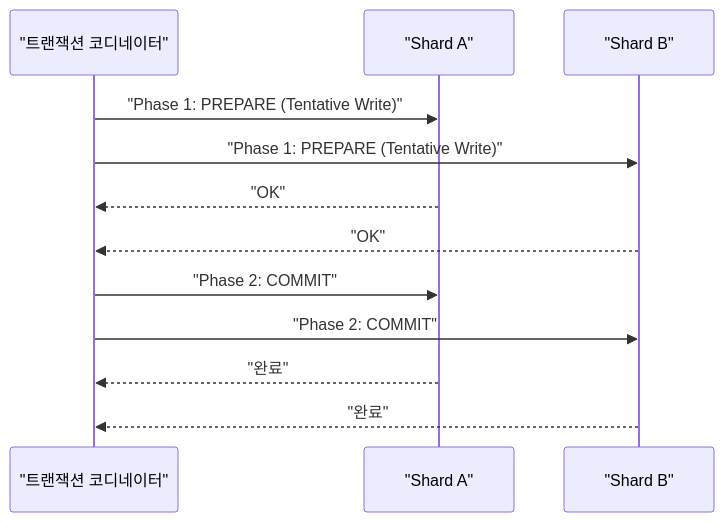
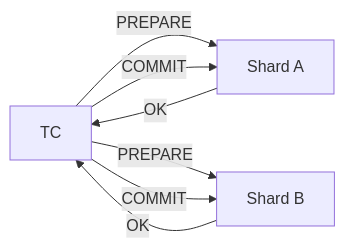
The ninth of 13 diagrams in _posts/db/2026-05-01-db-sharding.md (yjkim2015/yjkim2015.github.io), drawn with Mermaid before and after one commit. The commit also changed 50 other files, not shown here.

First line of the commit message:
stateDiagram 11개 graph LR 변환 + 테이블 빈 셀 17개 수정

````diff
--- a/_posts/db/2026-05-01-db-sharding.md
+++ b/_posts/db/2026-05-01-db-sharding.md
@@ -226,14 +226,9 @@
 ```mermaid
-sequenceDiagram
-    participant TC as "트랜잭션 코디네이터"
-    participant SA as "Shard A"
-    participant SB as "Shard B"
-    TC->>SA: "Phase 1: PREPARE (Tentative Write)"
-    TC->>SB: "Phase 1: PREPARE (Tentative Write)"
-    SA-->>TC: "OK"
-    SB-->>TC: "OK"
-    TC->>SA: "Phase 2: COMMIT"
-    TC->>SB: "Phase 2: COMMIT"
-    SA-->>TC: "완료"
-    SB-->>TC: "완료"
+graph LR
+    TC["TC"] -->|"PREPARE"| SA["Shard A"]
+    TC -->|"PREPARE"| SB["Shard B"]
+    SA -->|"OK"| TC
+    SB -->|"OK"| TC
+    TC -->|"COMMIT"| SA
+    TC -->|"COMMIT"| SB
 ```
````
